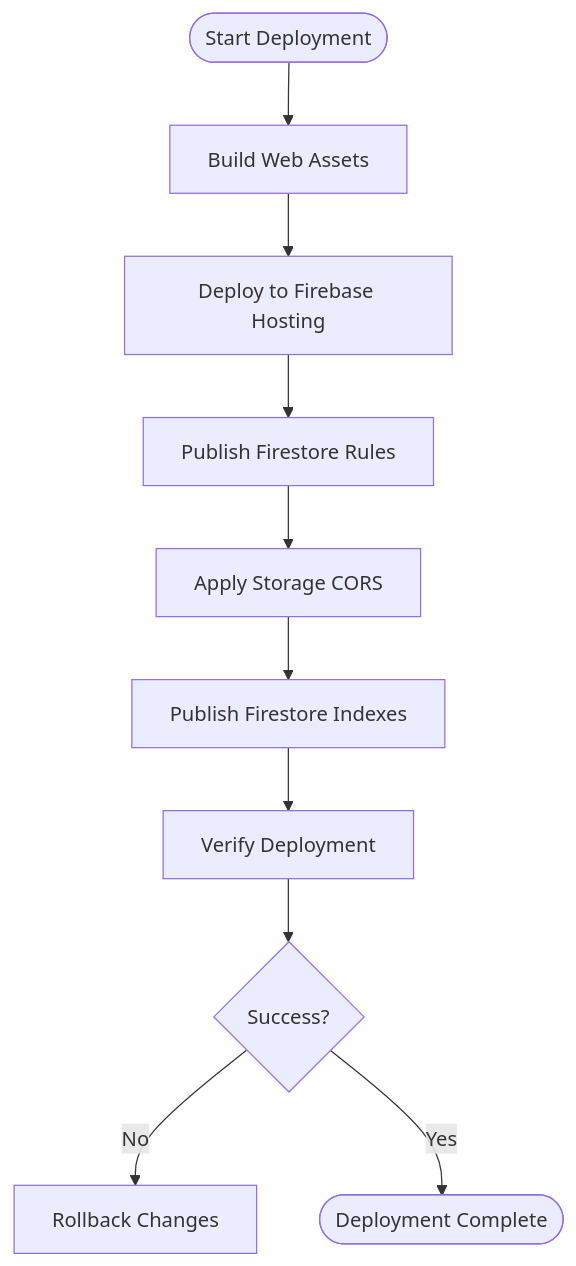
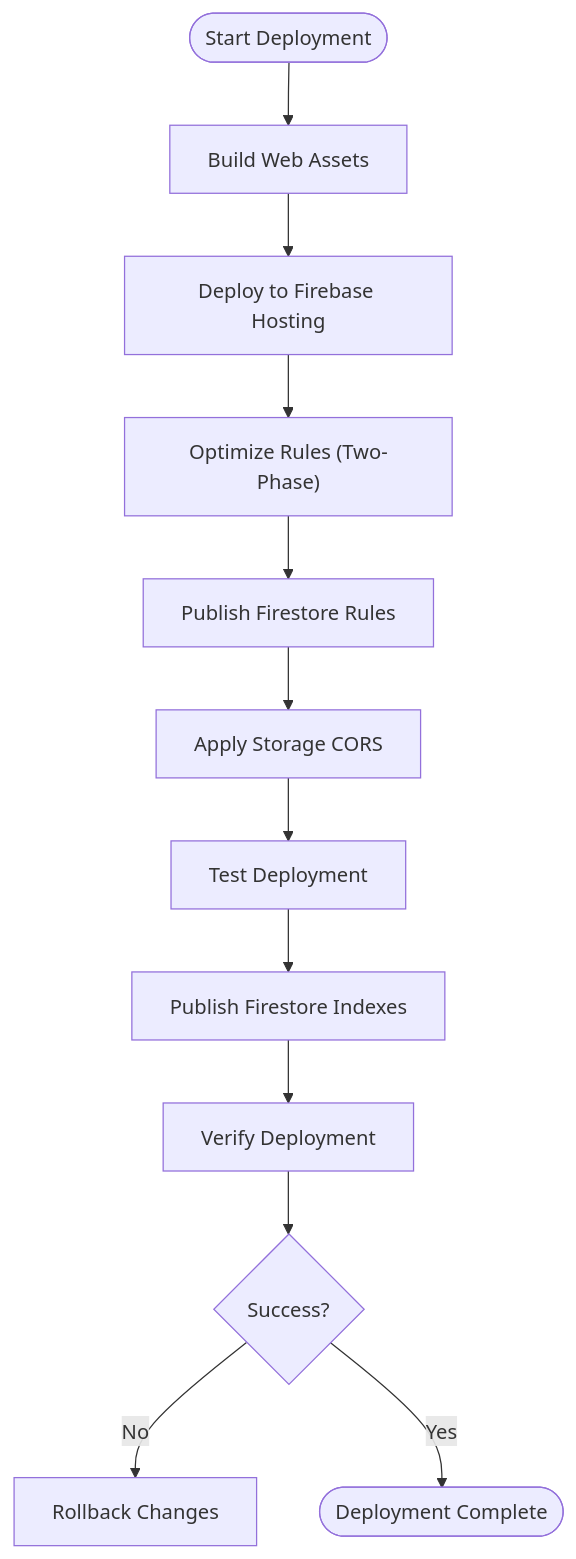
Before and after one commit to raihom-netizen/com.gestaoyahwehios.app: the fifth of 6 diagrams in .qoder/repowiki/en/content/Deployment & DevOps/Release Management & Publishing/Firebase Deployment & Rules.md, drawn with Mermaid. The commit also changed other lines of this file and 504 other files, not shown here.

````diff
--- a/.qoder/repowiki/en/content/Deployment & DevOps/Release Management & Publishing/Firebase Deployment & Rules.md
+++ b/.qoder/repowiki/en/content/Deployment & DevOps/Release Management & Publishing/Firebase Deployment & Rules.md
@@ -344,12 +385,14 @@
 ```mermaid
 flowchart TD
 Start(["Start Deployment"]) --> BuildWeb["Build Web Assets"]
 BuildWeb --> DeployHosting["Deploy to Firebase Hosting"]
-DeployHosting --> PublishRules["Publish Firestore Rules"]
+DeployHosting --> OptimizeRules["Optimize Rules (Two-Phase)"]
+OptimizeRules --> PublishRules["Publish Firestore Rules"]
 PublishRules --> ApplyCORS["Apply Storage CORS"]
-ApplyCORS --> PublishIndexes["Publish Firestore Indexes"]
+ApplyCORS --> TestDeployment["Test Deployment"]
+TestDeployment --> PublishIndexes["Publish Firestore Indexes"]
 PublishIndexes --> Verify["Verify Deployment"]
 Verify --> Success{"Success?"}
 Success --> |No| Rollback["Rollback Changes"]
 Success --> |Yes| Complete(["Deployment Complete"])
 ```
````
